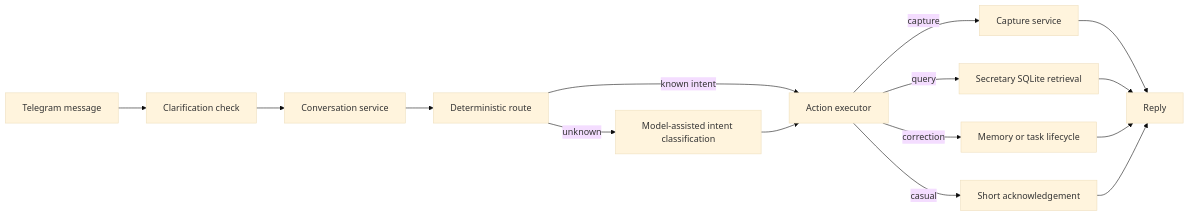
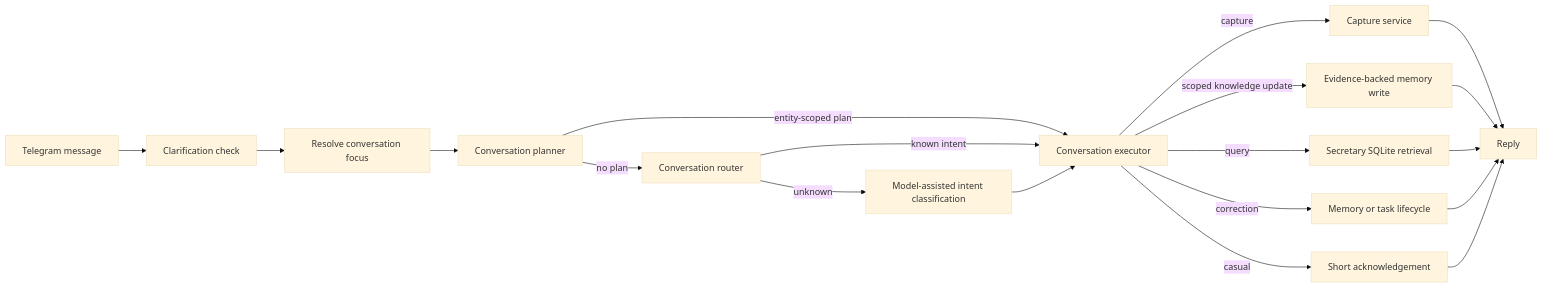
Before and after one commit to HuyVuCV1011/memocore-STE: the second of 2 diagrams in docs/architecture.md, drawn with Mermaid (base theme). The commit also changed other lines of this file and 68 other files, not shown here.

First line of the commit message:
Rebuild conversation and knowledge foundations (#2)

````diff
--- a/docs/architecture.md
+++ b/docs/architecture.md
@@ -37,17 +39,21 @@
 ```mermaid
 flowchart LR
     A["Telegram message"] --> B["Clarification check"]
-    B --> C["Conversation service"]
-    C --> D["Deterministic route"]
-    D -->|known intent| F["Action executor"]
-    D -->|unknown| E["Model-assisted intent classification"]
-    E --> F
+    B --> C["Resolve conversation focus"]
+    C --> D["Conversation planner"]
+    D -->|entity-scoped plan| F["Conversation executor"]
+    D -->|no plan| E["Conversation router"]
+    E -->|known intent| F
+    E -->|unknown| M["Model-assisted intent classification"]
+    M --> F
     F -->|capture| G["Capture service"]
-    F -->|query| H["Secretary SQLite retrieval"]
-    F -->|correction| I["Memory or task lifecycle"]
-    F -->|casual| J["Short acknowledgement"]
-    G --> K["Reply"]
-    H --> K
-    I --> K
-    J --> K
+    F -->|scoped knowledge update| H["Evidence-backed memory write"]
+    F -->|query| I["Secretary SQLite retrieval"]
+    F -->|correction| J["Memory or task lifecycle"]
+    F -->|casual| K["Short acknowledgement"]
+    G --> L["Reply"]
+    H --> L
+    I --> L
+    J --> L
+    K --> L
 ```
````
